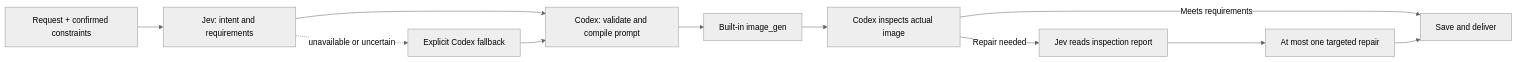
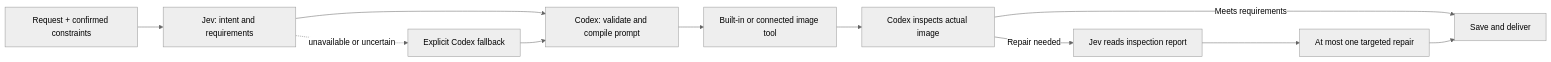
The diagram in README.md (ZizhuangCui/codex-jev-imagegen), drawn with Mermaid (neutral theme) before and after one commit. The commit also changed other lines of this file and 11 other files, not shown here.

Commit message:
Add multi-model routing for connected image tools

````diff
--- a/README.md
+++ b/README.md
@@ -73,13 +73,13 @@
 ```mermaid
 flowchart LR
   A[Request + confirmed constraints] --> B[Jev: intent and requirements]
   B --> C[Codex: validate and compile prompt]
   B -. unavailable or uncertain .-> F[Explicit Codex fallback]
   F --> C
-  C --> D[Built-in image_gen]
+  C --> D[Built-in or connected image tool]
   D --> E[Codex inspects actual image]
   E -->|Meets requirements| G[Save and deliver]
   E -->|Repair needed| H[Jev reads inspection report]
   H --> I[At most one targeted repair]
   I --> G
 ```
````
